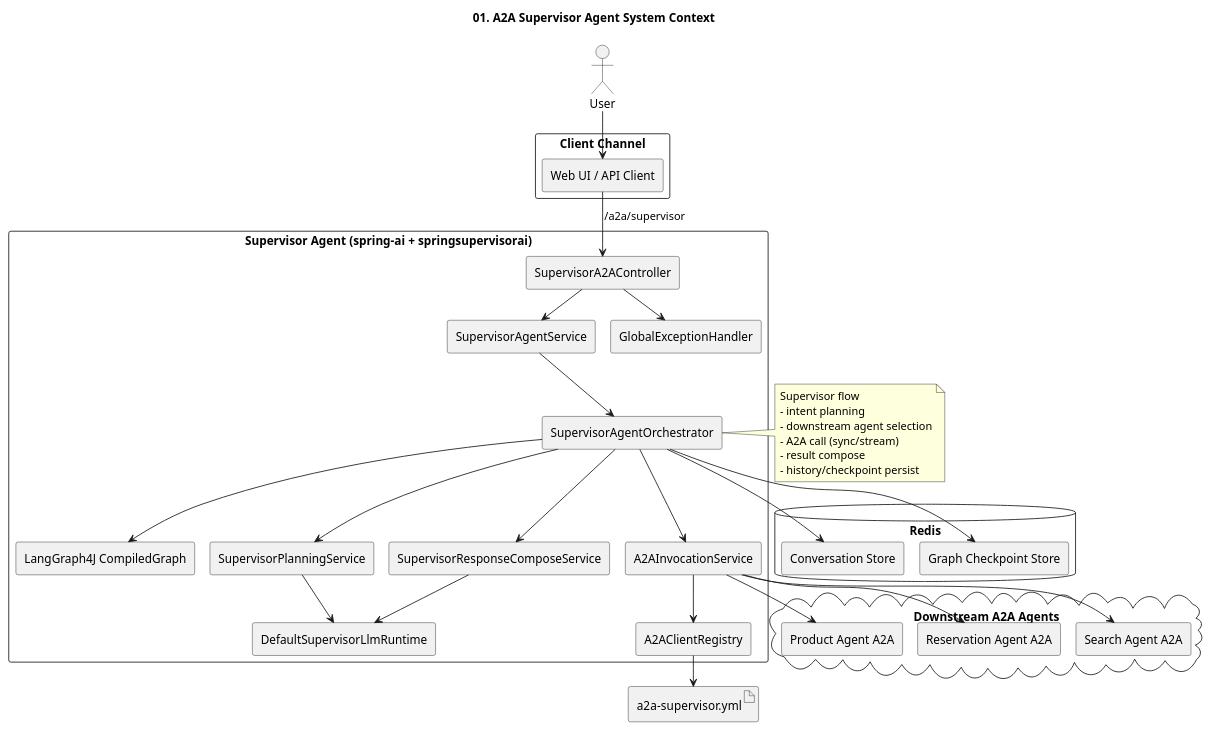
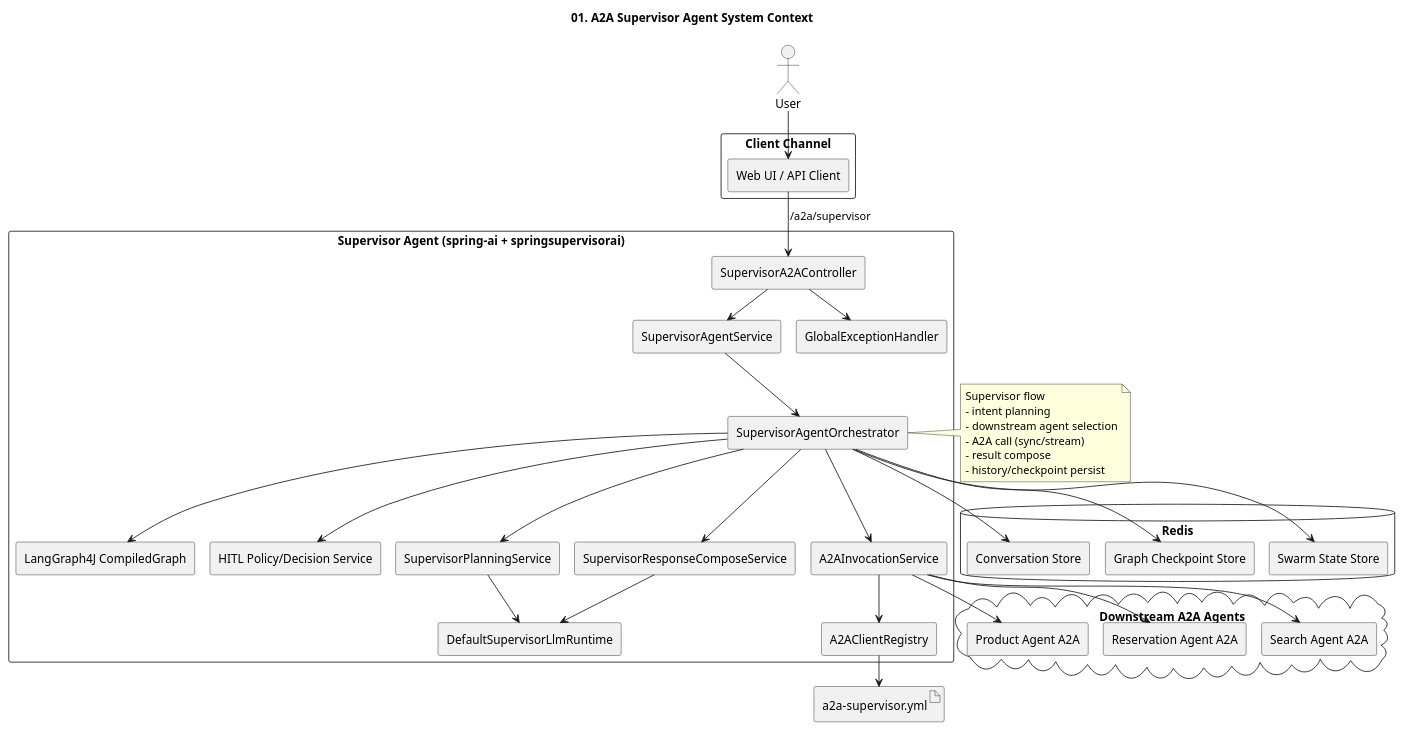
The diagram in documents/a2a-host_agent-architecture/01-system-context.puml (kim57uak/spring-ai), drawn with PlantUML before and after one commit. The commit also changed 99 other files, not shown here.

Commit message:
feat: implement supervisor HITL swarm flow and task review updates

```diff
--- a/documents/a2a-host_agent-architecture/01-system-context.puml
+++ b/documents/a2a-host_agent-architecture/01-system-context.puml
@@ -1,68 +1,77 @@
 @startuml
 !pragma layout smetana
 title 01. A2A Supervisor Agent System Context
 
 skinparam shadowing false
 skinparam componentStyle rectangle
 
 actor User
 
 rectangle "Client Channel" {
   [Web UI / API Client] as Client
 }
 
 rectangle "Supervisor Agent (spring-ai + springsupervisorai)" {
   [SupervisorA2AController] as SupervisorA2AController
   [SupervisorAgentService] as SupervisorService
   [SupervisorAgentOrchestrator] as SupervisorOrchestrator
   [LangGraph4J CompiledGraph] as StateGraph
+  [HITL Policy/Decision Service] as HitlService
   [SupervisorPlanningService] as Planner
   [A2AInvocationService] as A2AInvocationService
   [SupervisorResponseComposeService] as Composer
   [DefaultSupervisorLlmRuntime] as LlmRuntime
   [A2AClientRegistry] as A2ARegistry
   [GlobalExceptionHandler] as Advice
 }
 
 database "Redis" as Redis {
   [Conversation Store] as ConversationStore
   [Graph Checkpoint Store] as CheckpointStore
+  [Swarm State Store] as SwarmStateStore
 }
 
 cloud "Downstream A2A Agents" {
   [Product Agent A2A] as ProductAgent
   [Reservation Agent A2A] as ReservationAgent
   [Search Agent A2A] as SearchAgent
 }
 
 artifact "a2a-supervisor.yml" as HostYml
 
 User --> Client
 Client --> SupervisorA2AController : /a2a/supervisor
 SupervisorA2AController --> SupervisorService
 SupervisorA2AController --> Advice
 SupervisorService --> SupervisorOrchestrator
 SupervisorOrchestrator --> StateGraph
+SupervisorOrchestrator --> HitlService
 SupervisorOrchestrator --> Planner
 SupervisorOrchestrator --> A2AInvocationService
 SupervisorOrchestrator --> Composer
 Planner --> LlmRuntime
 Composer --> LlmRuntime
 A2AInvocationService --> A2ARegistry
 A2ARegistry --> HostYml
 A2AInvocationService --> ProductAgent
 A2AInvocationService --> ReservationAgent
 A2AInvocationService --> SearchAgent
 SupervisorOrchestrator --> ConversationStore
 SupervisorOrchestrator --> CheckpointStore
+SupervisorOrchestrator --> SwarmStateStore
 
 note right of SupervisorOrchestrator
 Supervisor flow
 - intent planning
 - downstream agent selection
 - A2A call (sync/stream)
 - result compose
 - history/checkpoint persist
 end note
 
+' 2026-04-12 sync with docs 30/31
+' - Scope: HITL decision limited to APPROVE/CANCEL in current phase
+' - Data mutation requests (create/update/delete) require mandatory HITL
+' - A2A compatibility mode keeps both legacy and v1.0 methods
+' - User profile input collection is deferred to next phase
 @enduml
```
